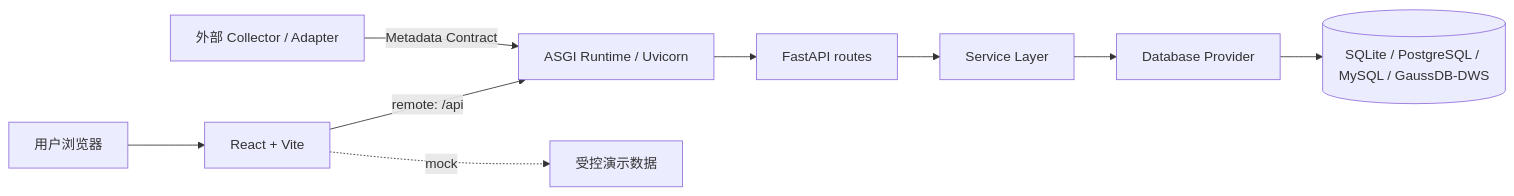
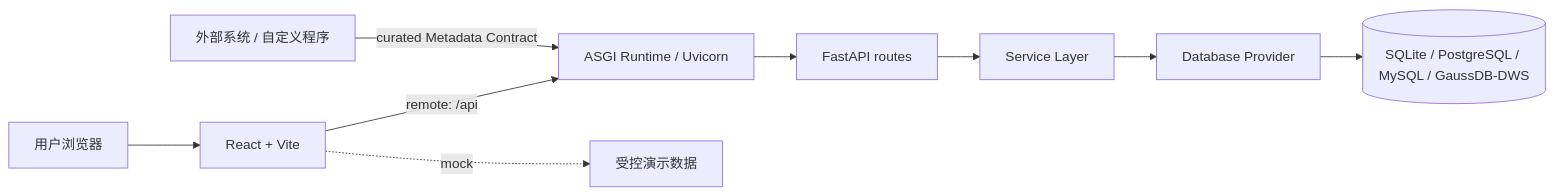
The diagram in README.md (0verme/data-asset-portal-community), drawn with Mermaid before and after one commit. The commit also changed other lines of this file and 6 other files, not shown here.

````diff
--- a/README.md
+++ b/README.md
@@ -132,11 +133,11 @@
 ```mermaid
 flowchart LR
   U["用户浏览器"] --> R["React + Vite"]
   R -->|"remote: /api"| A["ASGI Runtime / Uvicorn"]
   A --> F["FastAPI routes"]
   F --> S["Service Layer"]
   S --> D["Database Provider"]
   D --> DB[("SQLite / PostgreSQL / MySQL / GaussDB-DWS")]
   R -.->|"mock"| M["受控演示数据"]
-  C["外部 Collector / Adapter"] -->|"Metadata Contract"| A
+  C["外部系统 / 自定义程序"] -->|"curated Metadata Contract"| A
 ```
````
